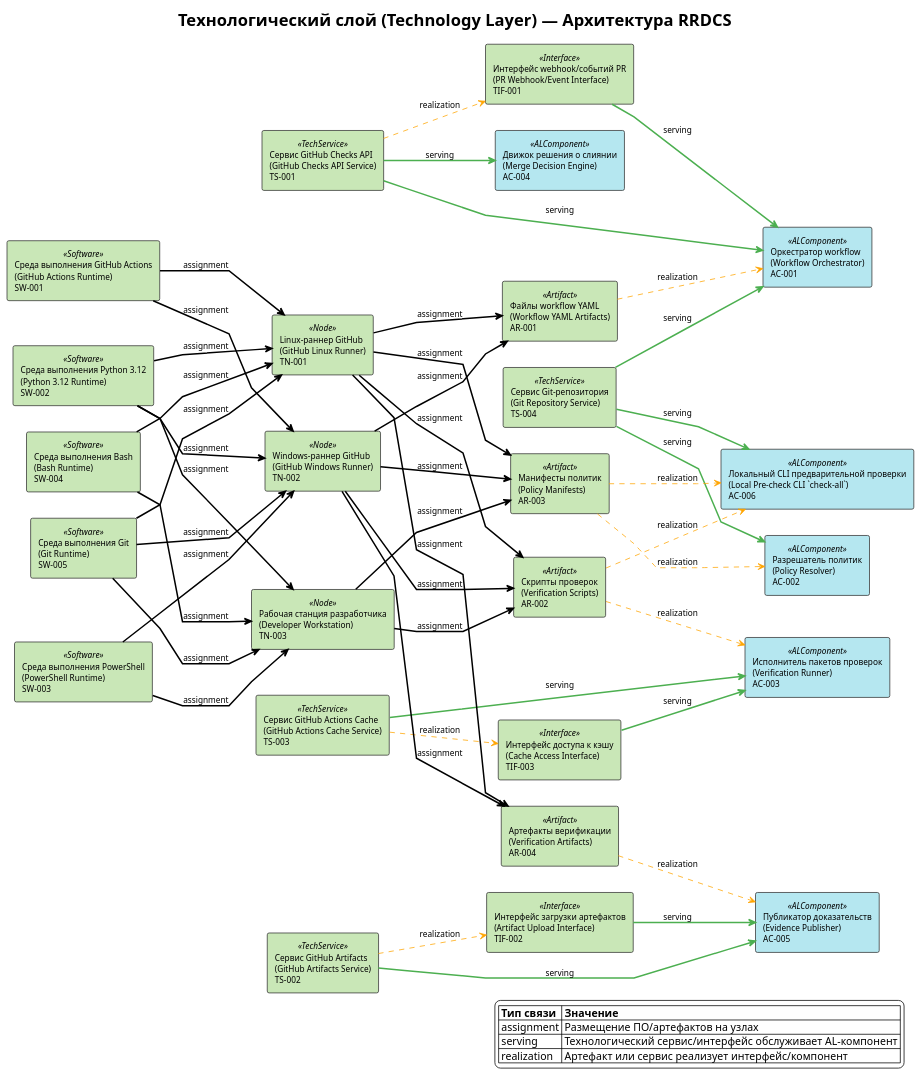
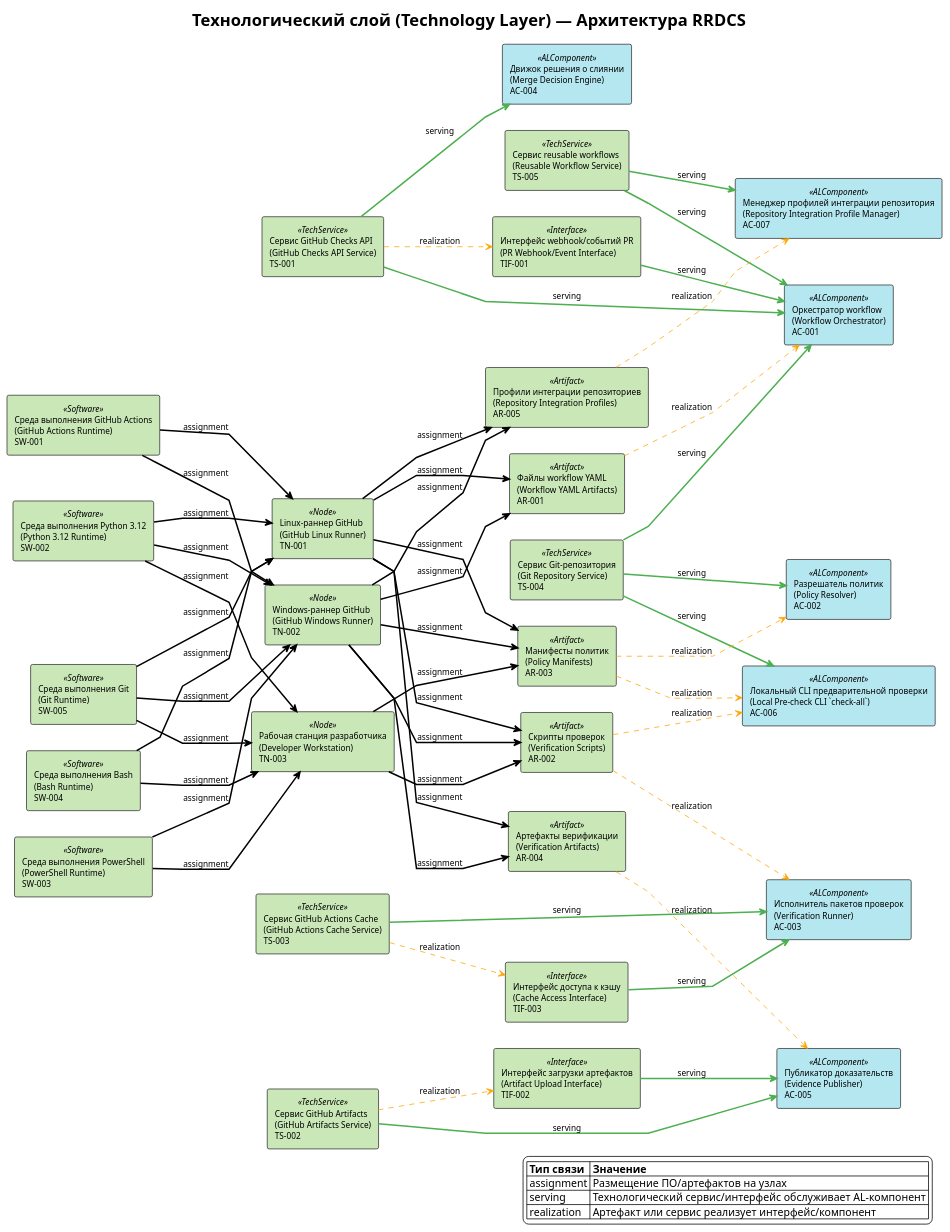
The diagram in docs/requirements/архитектура/diagrams/TL.plantuml (Druk83/RRDCS), drawn with PlantUML before and after one commit. The commit also changed 68 other files, not shown here.

```diff
--- a/docs/requirements/архитектура/diagrams/TL.plantuml
+++ b/docs/requirements/архитектура/diagrams/TL.plantuml
@@ -1,118 +1,126 @@
 @startuml RRDCS_TL_ArchiMate
 !theme plain
 skinparam backgroundColor #FFFFFF
 skinparam defaultFontSize 11
 skinparam shadowing false
 skinparam linetype polyline
 left to right direction
 
 title Технологический слой (Technology Layer) — Архитектура RRDCS
 
 skinparam rectangle {
   BorderColor #333333
 }
 skinparam rectangle<<Node>> {
   BackgroundColor #C9E7B7
 }
 skinparam rectangle<<Software>> {
   BackgroundColor #C9E7B7
 }
 skinparam rectangle<<TechService>> {
   BackgroundColor #C9E7B7
 }
 skinparam rectangle<<Interface>> {
   BackgroundColor #C9E7B7
 }
 skinparam rectangle<<Artifact>> {
   BackgroundColor #C9E7B7
 }
 skinparam rectangle<<ALComponent>> {
   BackgroundColor #B5E7F0
 }
 
 rectangle "Linux-раннер GitHub\n(GitHub Linux Runner)\nTN-001" as TN001 <<Node>>
 rectangle "Windows-раннер GitHub\n(GitHub Windows Runner)\nTN-002" as TN002 <<Node>>
 rectangle "Рабочая станция разработчика\n(Developer Workstation)\nTN-003" as TN003 <<Node>>
 
 rectangle "Среда выполнения GitHub Actions\n(GitHub Actions Runtime)\nSW-001" as SW001 <<Software>>
 rectangle "Среда выполнения Python 3.12\n(Python 3.12 Runtime)\nSW-002" as SW002 <<Software>>
 rectangle "Среда выполнения PowerShell\n(PowerShell Runtime)\nSW-003" as SW003 <<Software>>
 rectangle "Среда выполнения Bash\n(Bash Runtime)\nSW-004" as SW004 <<Software>>
 rectangle "Среда выполнения Git\n(Git Runtime)\nSW-005" as SW005 <<Software>>
 
 rectangle "Сервис GitHub Checks API\n(GitHub Checks API Service)\nTS-001" as TS001 <<TechService>>
 rectangle "Сервис GitHub Artifacts\n(GitHub Artifacts Service)\nTS-002" as TS002 <<TechService>>
 rectangle "Сервис GitHub Actions Cache\n(GitHub Actions Cache Service)\nTS-003" as TS003 <<TechService>>
 rectangle "Сервис Git-репозитория\n(Git Repository Service)\nTS-004" as TS004 <<TechService>>
+rectangle "Сервис reusable workflows\n(Reusable Workflow Service)\nTS-005" as TS005 <<TechService>>
 
 rectangle "Интерфейс webhook/событий PR\n(PR Webhook/Event Interface)\nTIF-001" as TIF001 <<Interface>>
 rectangle "Интерфейс загрузки артефактов\n(Artifact Upload Interface)\nTIF-002" as TIF002 <<Interface>>
 rectangle "Интерфейс доступа к кэшу\n(Cache Access Interface)\nTIF-003" as TIF003 <<Interface>>
 
 rectangle "Файлы workflow YAML\n(Workflow YAML Artifacts)\nAR-001" as AR001 <<Artifact>>
 rectangle "Скрипты проверок\n(Verification Scripts)\nAR-002" as AR002 <<Artifact>>
 rectangle "Манифесты политик\n(Policy Manifests)\nAR-003" as AR003 <<Artifact>>
 rectangle "Артефакты верификации\n(Verification Artifacts)\nAR-004" as AR004 <<Artifact>>
+rectangle "Профили интеграции репозиториев\n(Repository Integration Profiles)\nAR-005" as AR005 <<Artifact>>
 
 rectangle "Оркестратор workflow\n(Workflow Orchestrator)\nAC-001" as AC001 <<ALComponent>>
 rectangle "Разрешатель политик\n(Policy Resolver)\nAC-002" as AC002 <<ALComponent>>
 rectangle "Исполнитель пакетов проверок\n(Verification Runner)\nAC-003" as AC003 <<ALComponent>>
 rectangle "Движок решения о слиянии\n(Merge Decision Engine)\nAC-004" as AC004 <<ALComponent>>
 rectangle "Публикатор доказательств\n(Evidence Publisher)\nAC-005" as AC005 <<ALComponent>>
 rectangle "Локальный CLI предварительной проверки\n(Local Pre-check CLI `check-all`)\nAC-006" as AC006 <<ALComponent>>
+rectangle "Менеджер профилей интеграции репозитория\n(Repository Integration Profile Manager)\nAC-007" as AC007 <<ALComponent>>
 
 SW001 -[#000000,thickness=2]-> TN001 : assignment
 SW001 -[#000000,thickness=2]-> TN002 : assignment
 SW002 -[#000000,thickness=2]-> TN001 : assignment
 SW002 -[#000000,thickness=2]-> TN002 : assignment
 SW002 -[#000000,thickness=2]-> TN003 : assignment
 SW003 -[#000000,thickness=2]-> TN002 : assignment
 SW003 -[#000000,thickness=2]-> TN003 : assignment
 SW004 -[#000000,thickness=2]-> TN001 : assignment
 SW004 -[#000000,thickness=2]-> TN003 : assignment
 SW005 -[#000000,thickness=2]-> TN001 : assignment
 SW005 -[#000000,thickness=2]-> TN002 : assignment
 SW005 -[#000000,thickness=2]-> TN003 : assignment
 
 TS001 -[#4CAF50,thickness=2]-> AC001 : serving
 TS001 -[#4CAF50,thickness=2]-> AC004 : serving
 TS002 -[#4CAF50,thickness=2]-> AC005 : serving
 TS003 -[#4CAF50,thickness=2]-> AC003 : serving
 TS004 -[#4CAF50,thickness=2]-> AC001 : serving
 TS004 -[#4CAF50,thickness=2]-> AC002 : serving
 TS004 -[#4CAF50,thickness=2]-> AC006 : serving
+TS005 -[#4CAF50,thickness=2]-> AC001 : serving
+TS005 -[#4CAF50,thickness=2]-> AC007 : serving
 
 TS001 -[#FFA500,thickness=2,dashed]-> TIF001 : realization
 TS002 -[#FFA500,thickness=2,dashed]-> TIF002 : realization
 TS003 -[#FFA500,thickness=2,dashed]-> TIF003 : realization
 
 TIF001 -[#4CAF50,thickness=2]-> AC001 : serving
 TIF002 -[#4CAF50,thickness=2]-> AC005 : serving
 TIF003 -[#4CAF50,thickness=2]-> AC003 : serving
 
 AR001 -[#FFA500,thickness=2,dashed]-> AC001 : realization
 AR002 -[#FFA500,thickness=2,dashed]-> AC003 : realization
 AR002 -[#FFA500,thickness=2,dashed]-> AC006 : realization
 AR003 -[#FFA500,thickness=2,dashed]-> AC002 : realization
 AR003 -[#FFA500,thickness=2,dashed]-> AC006 : realization
 AR004 -[#FFA500,thickness=2,dashed]-> AC005 : realization
+AR005 -[#FFA500,thickness=2,dashed]-> AC007 : realization
 
 TN001 -[#000000,thickness=2]-> AR001 : assignment
 TN001 -[#000000,thickness=2]-> AR002 : assignment
 TN001 -[#000000,thickness=2]-> AR003 : assignment
 TN001 -[#000000,thickness=2]-> AR004 : assignment
+TN001 -[#000000,thickness=2]-> AR005 : assignment
 TN002 -[#000000,thickness=2]-> AR001 : assignment
 TN002 -[#000000,thickness=2]-> AR002 : assignment
 TN002 -[#000000,thickness=2]-> AR003 : assignment
 TN002 -[#000000,thickness=2]-> AR004 : assignment
+TN002 -[#000000,thickness=2]-> AR005 : assignment
 TN003 -[#000000,thickness=2]-> AR002 : assignment
 TN003 -[#000000,thickness=2]-> AR003 : assignment
 
 legend right
 |= Тип связи |= Значение |
 | assignment | Размещение ПО/артефактов на узлах |
 | serving | Технологический сервис/интерфейс обслуживает AL-компонент |
 | realization | Артефакт или сервис реализует интерфейс/компонент |
 endlegend
 
 @enduml
```
